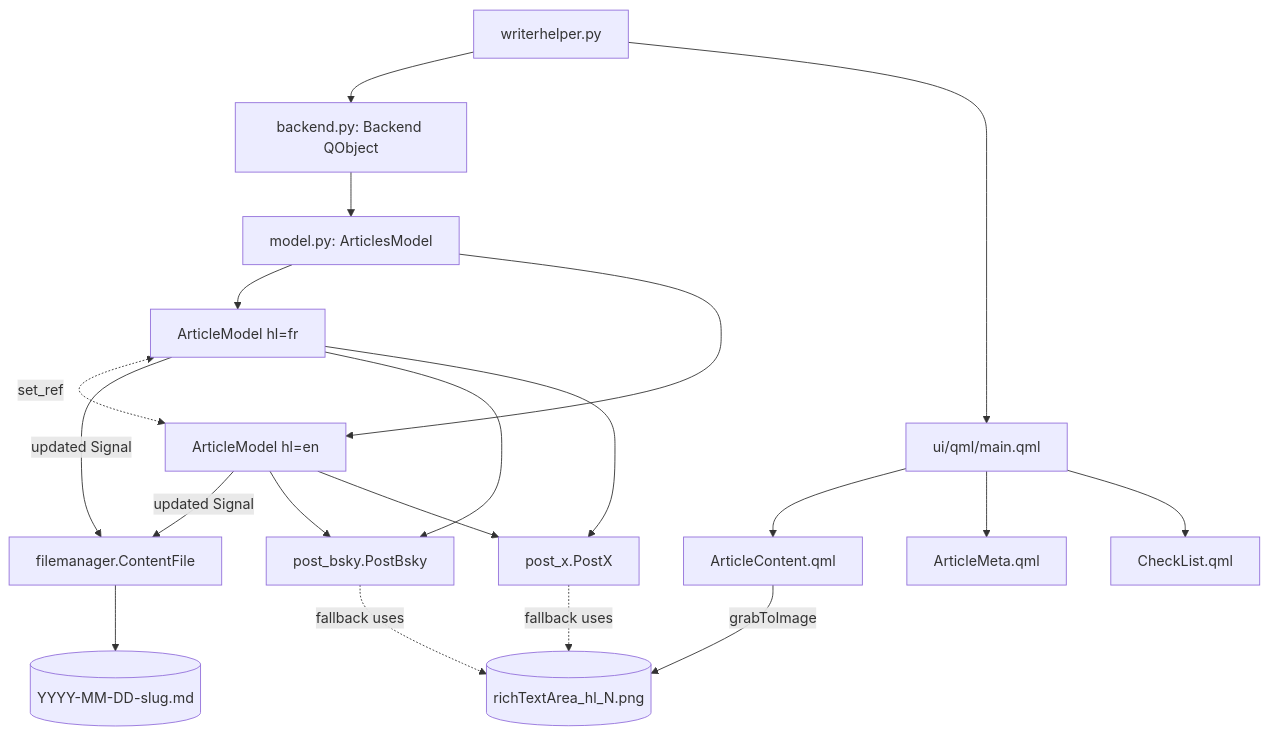
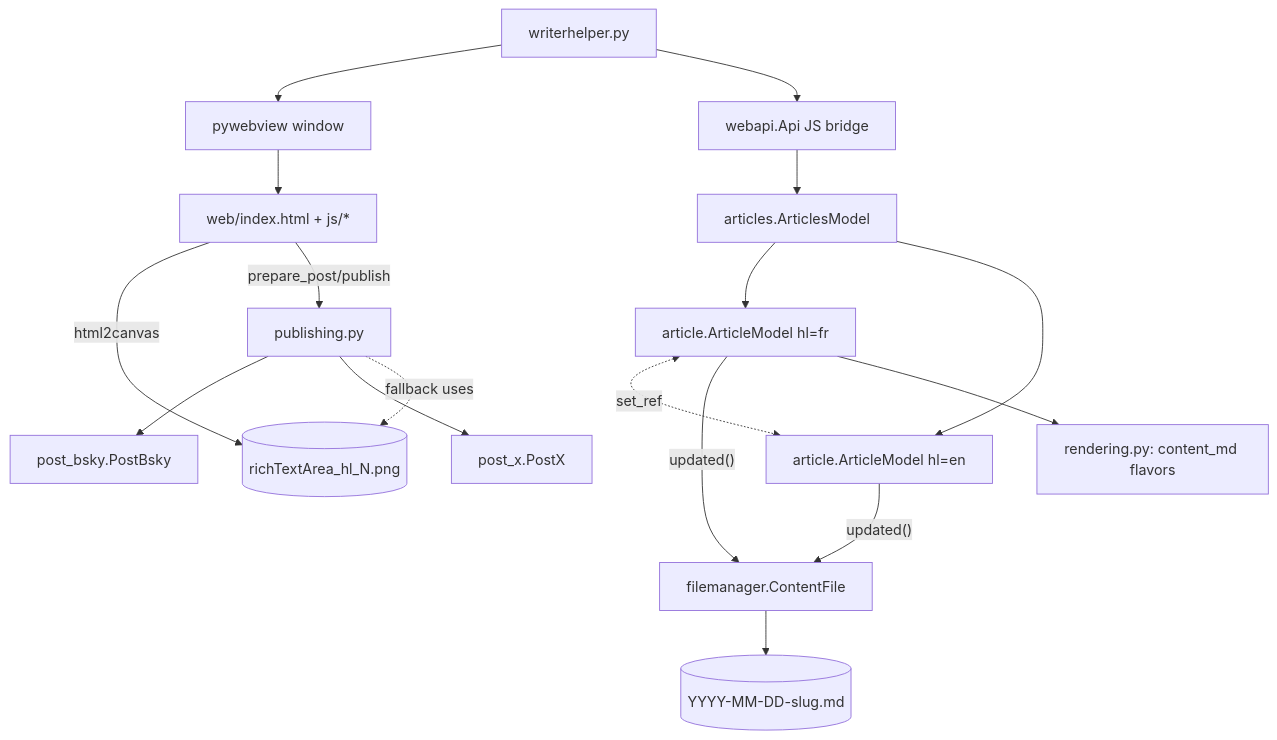
Before and after one commit to MartinGamsby/WriterHelper: the diagram in memory/summary.md, drawn with Mermaid. The commit also changed other lines of this file and 37 other files, not shown here.

````diff
--- a/memory/summary.md
+++ b/memory/summary.md
@@ -9,22 +10,19 @@
 ```mermaid
 graph TD
-    EP[writerhelper.py] --> BE[backend.py: Backend QObject]
-    EP --> QML[ui/qml/main.qml]
-    BE --> ASM[model.py: ArticlesModel]
-    ASM --> FR[ArticleModel hl=fr]
-    ASM --> EN[ArticleModel hl=en]
+    EP[writerhelper.py] --> WV[pywebview window]
+    EP --> API[webapi.Api JS bridge]
+    WV --> WEB[web/index.html + js/*]
+    API --> ASM[articles.ArticlesModel]
+    ASM --> FR[article.ArticleModel hl=fr]
+    ASM --> EN[article.ArticleModel hl=en]
     FR <-. set_ref .-> EN
-    FR -- updated Signal --> CF[filemanager.ContentFile]
-    EN -- updated Signal --> CF
+    FR -- updated() --> CF[filemanager.ContentFile]
+    EN -- updated() --> CF
     CF --> POSTS[(YYYY-MM-DD-slug.md)]
-    FR --> PB[post_bsky.PostBsky]
-    FR --> PX[post_x.PostX]
-    EN --> PB
-    EN --> PX
-    QML --> AC[ArticleContent.qml]
-    QML --> AMETA[ArticleMeta.qml]
-    QML --> CL[CheckList.qml]
-    AC -- grabToImage --> PNG[(richTextArea_hl_N.png)]
-    PB -. fallback uses .-> PNG
-    PX -. fallback uses .-> PNG
+    FR --> REND[rendering.py: content_md flavors]
+    WEB -- html2canvas --> PNG[(richTextArea_hl_N.png)]
+    WEB -- prepare_post/publish --> PUB[publishing.py]
+    PUB --> PB[post_bsky.PostBsky]
+    PUB --> PX[post_x.PostX]
+    PUB -. fallback uses .-> PNG
 ```
````
